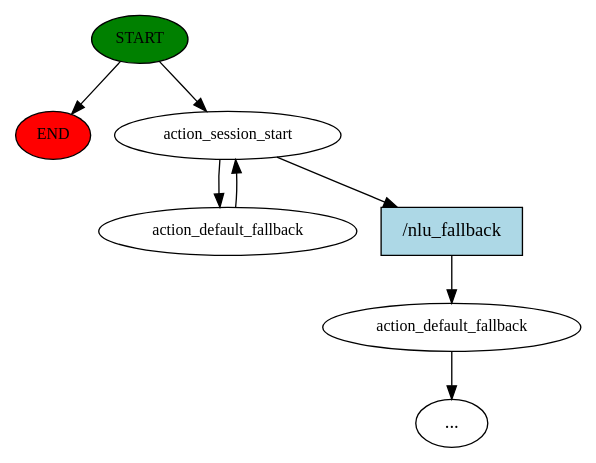
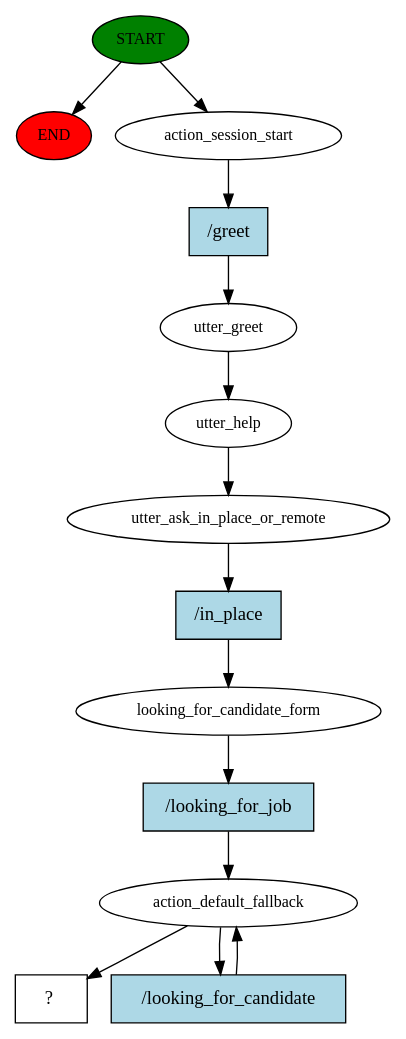
The diagram in src/story_graph.dot (r1cc4r2o/Jobify), drawn with Graphviz before and after one commit. The commit also changed 7 other files, not shown here.

```diff
--- a/src/story_graph.dot
+++ b/src/story_graph.dot
@@ -1,16 +1,28 @@
 digraph  {
 0 [class="start active", fillcolor=green, fontsize=12, label=START, style=filled];
 "-1" [class=end, fillcolor=red, fontsize=12, label=END, style=filled];
 1 [class=active, fontsize=12, label=action_session_start];
-2 [class="", fontsize=12, label=action_default_fallback];
-"-3" [class=ellipsis, label="..."];
-4 [class="active dashed", fontsize=12, label=action_default_fallback];
-7 [class=intent, fillcolor=lightblue, label="/nlu_fallback", shape=rect, style=filled];
+2 [class=active, fontsize=12, label=utter_greet];
+3 [class=active, fontsize=12, label=utter_help];
+4 [class=active, fontsize=12, label=utter_ask_in_place_or_remote];
+5 [class=active, fontsize=12, label=looking_for_candidate_form];
+6 [class=active, fontsize=12, label=action_default_fallback];
+8 [class="intent dashed active", label="  ?  ", shape=rect];
+9 [class="intent active", fillcolor=lightblue, label="/greet", shape=rect, style=filled];
+10 [class="intent active", fillcolor=lightblue, label="/in_place", shape=rect, style=filled];
+11 [class="intent active", fillcolor=lightblue, label="/looking_for_job", shape=rect, style=filled];
+12 [class="intent active", fillcolor=lightblue, label="/looking_for_candidate", shape=rect, style=filled];
 0 -> "-1"  [class="", key=NONE, label=""];
 0 -> 1  [class=active, key=NONE, label=""];
-1 -> 4  [class=active, key=NONE, label=""];
-1 -> 7  [class="", key=0];
-2 -> "-3"  [class="", key=NONE, label=""];
-4 -> 1  [class=active, key=NONE, label=""];
-7 -> 2  [class="", key=0];
+1 -> 9  [class=active, key=0];
+2 -> 3  [class=active, key=NONE, label=""];
+3 -> 4  [class=active, key=NONE, label=""];
+4 -> 10  [class=active, key=0];
+5 -> 11  [class=active, key=0];
+6 -> 8  [class=active, key=NONE, label=""];
+6 -> 12  [class=active, key=0];
+9 -> 2  [class=active, key=0];
+10 -> 5  [class=active, key=0];
+11 -> 6  [class=active, key=0];
+12 -> 6  [class=active, key=0];
 }
```
